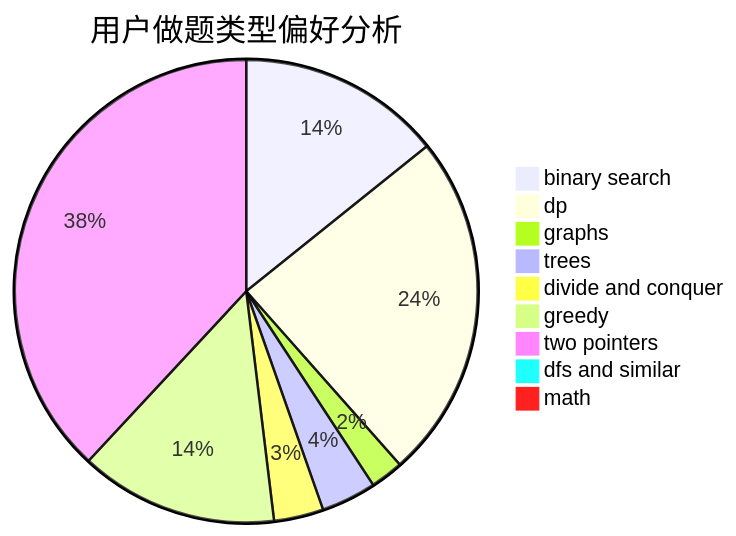
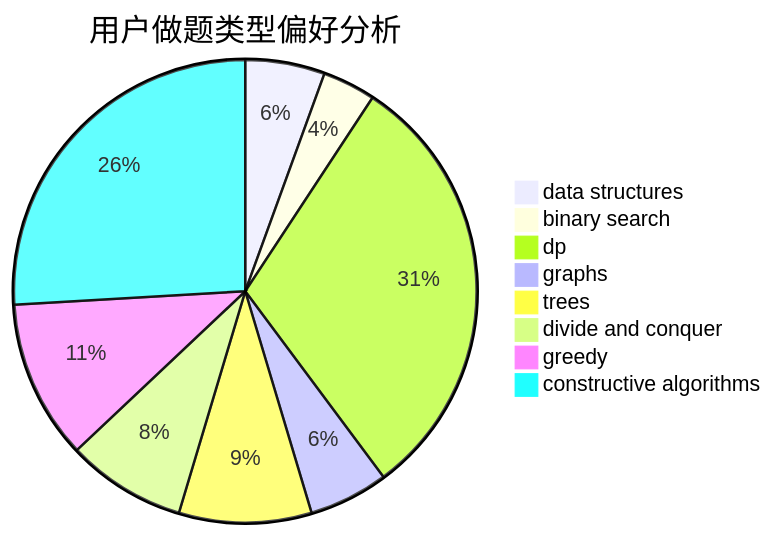
Before and after one commit to sherpahu/cfrs.github.io: the second of 3 diagrams in docs/user/u1107.md, drawn with Mermaid. The commit also changed other lines of this file and 2775 other files, not shown here.

````diff
--- a/docs/user/u1107.md
+++ b/docs/user/u1107.md
@@ -23,12 +23,11 @@
 ```mermaid
 pie title 用户做题类型偏好分析
-    "binary search" :  37
-    "dp" :  63
+    "data structures" :  6
+    "binary search" :  4
+    "dp" :  33
     "graphs" :  6
     "trees" :  10
     "divide and conquer" :  9
-    "greedy" :  36
-    "two pointers" :  99
-    "dfs and similar" :  1
-    "math" :  1
+    "greedy" :  12
+    "constructive algorithms" :  28
 ```
````
